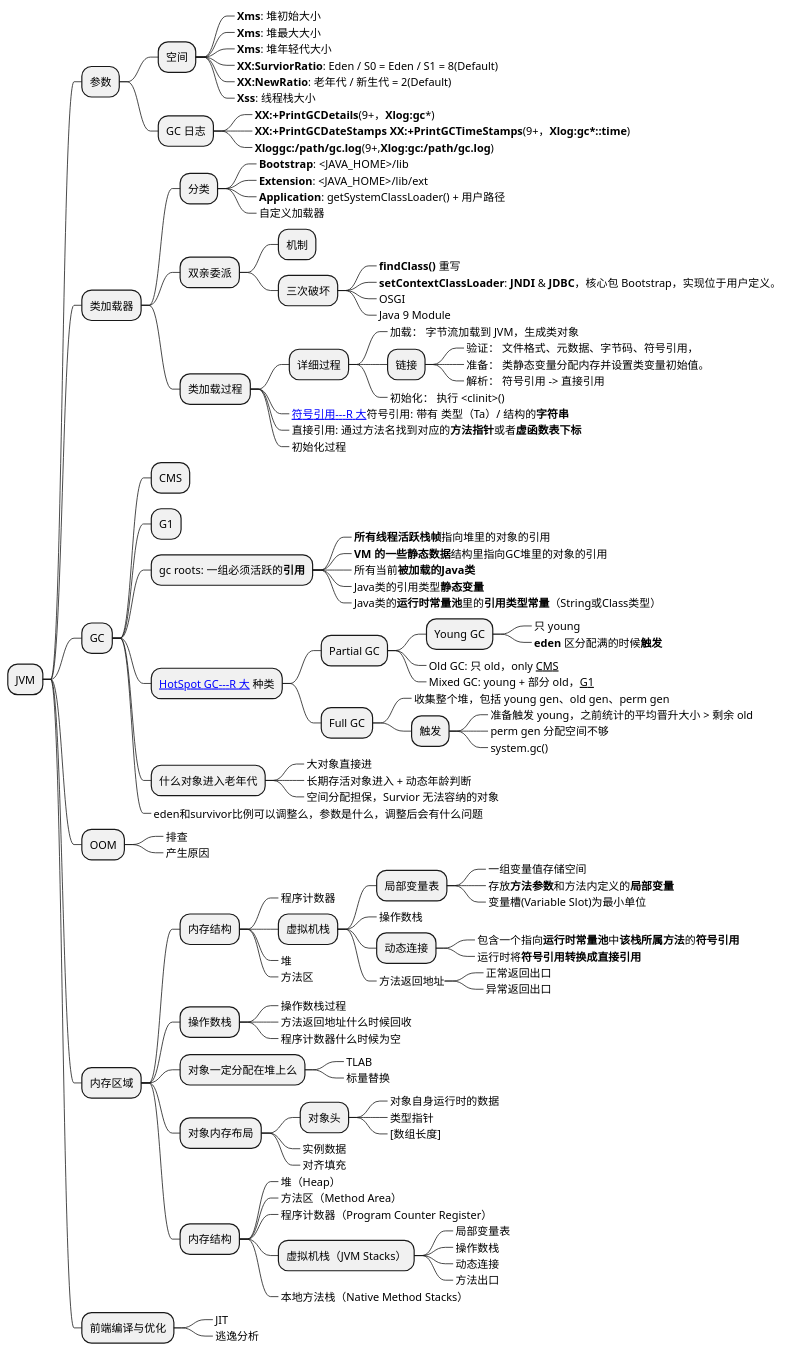
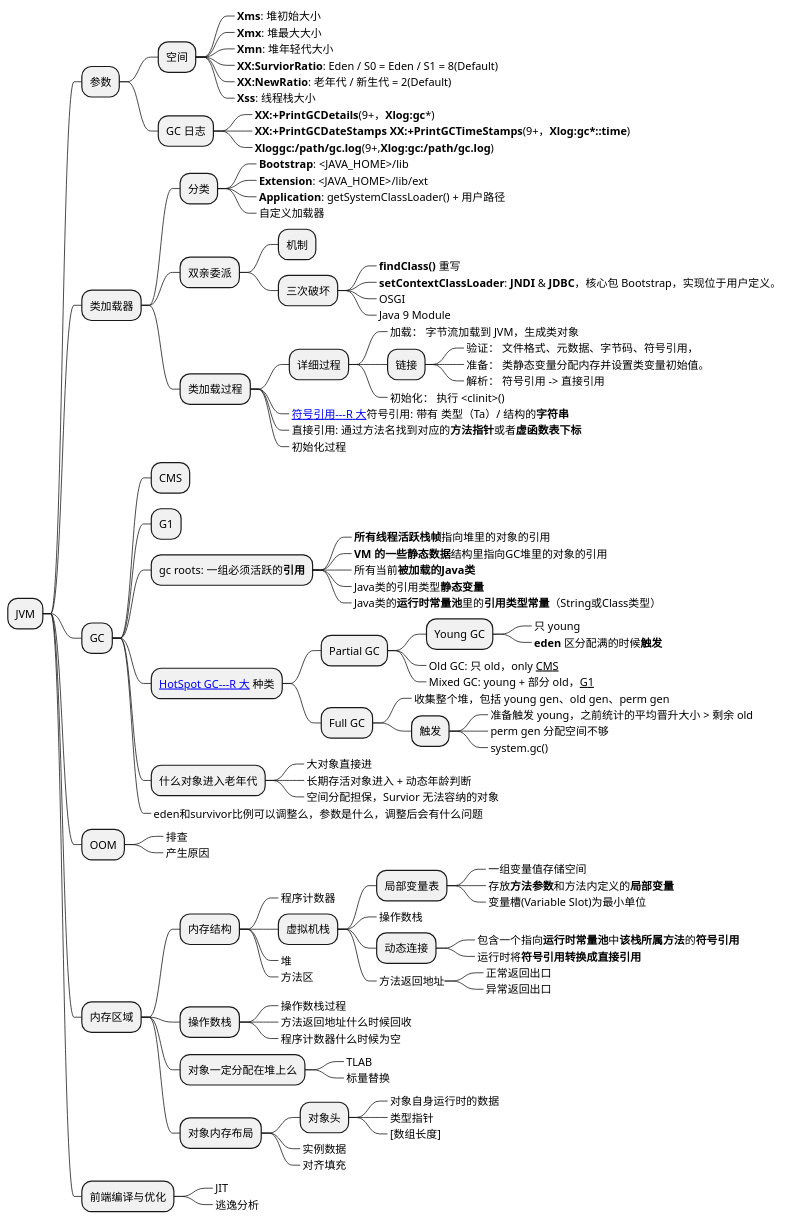
The second of 11 diagrams in _posts/2021-05-27-查漏补缺.md (Gh0st99/Gh0st99.github.io), drawn with PlantUML before and after one commit. The commit also changed other lines of this file, not shown here.

Commit message:
查漏补缺

```diff
--- a/_posts/2021-05-27-查漏补缺.md
+++ b/_posts/2021-05-27-查漏补缺.md
@@ -244,8 +254,8 @@
 ** 参数
 *** 空间
 ****_ **Xms**: 堆初始大小
-****_ **Xms**: 堆最大大小
-****_ **Xms**: 堆年轻代大小
+****_ **Xmx**: 堆最大大小
+****_ **Xmn**: 堆年轻代大小
 ****_ **XX:SurviorRatio**: Eden / S0 = Eden / S1 = 8(Default)
 ****_ **XX:NewRatio**: 老年代 / 新生代 = 2(Default)
 ****_ **Xss**: 线程栈大小
@@ -350,17 +360,6 @@
 ****_ 实例数据
 ****_ 对齐填充
 
-*** 内存结构
-****_ 堆（Heap）
-****_ 方法区（Method Area）
-****_ 程序计数器（Program Counter Register）
-**** 虚拟机栈（JVM Stacks）
-*****_ 局部变量表
-*****_ 操作数栈
-*****_ 动态连接
-*****_ 方法出口
-****_ 本地方法栈（Native Method Stacks）
-
 ** 前端编译与优化
 ***_ JIT
 ***_ 逃逸分析
```
